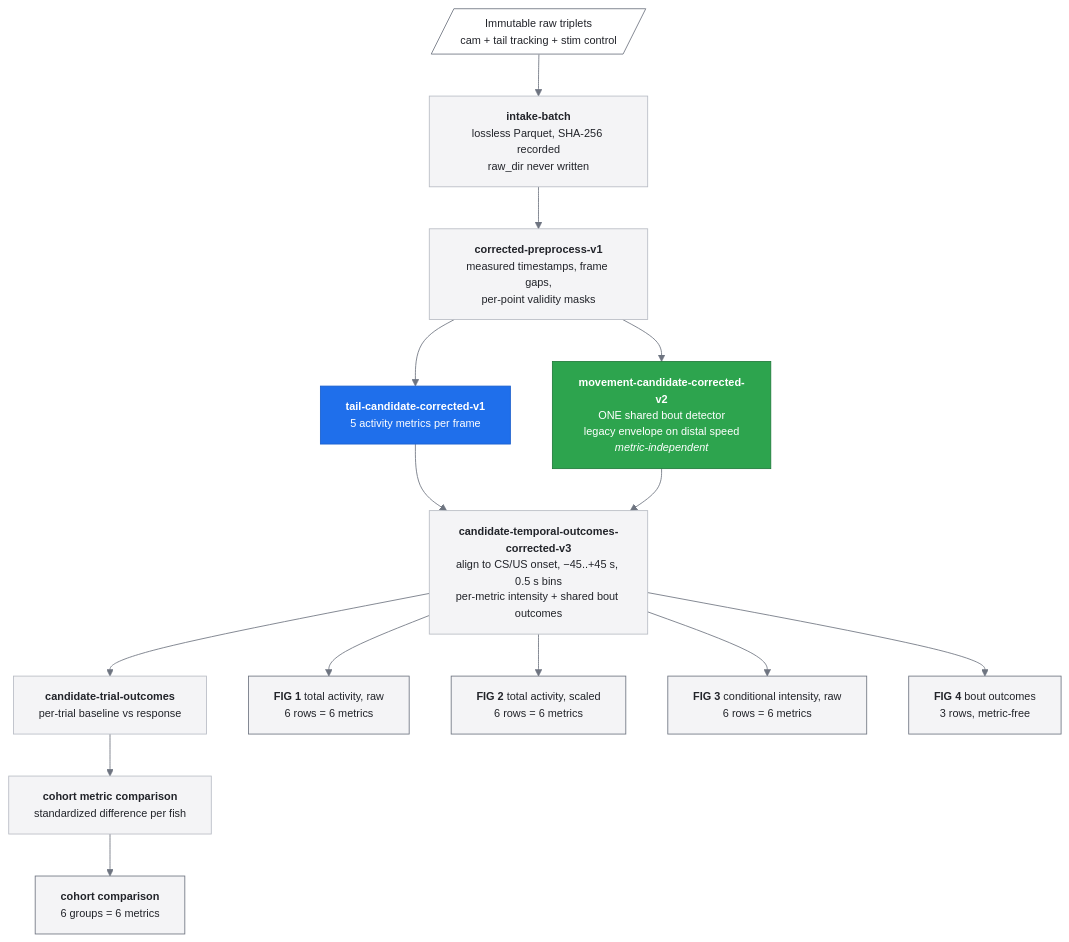
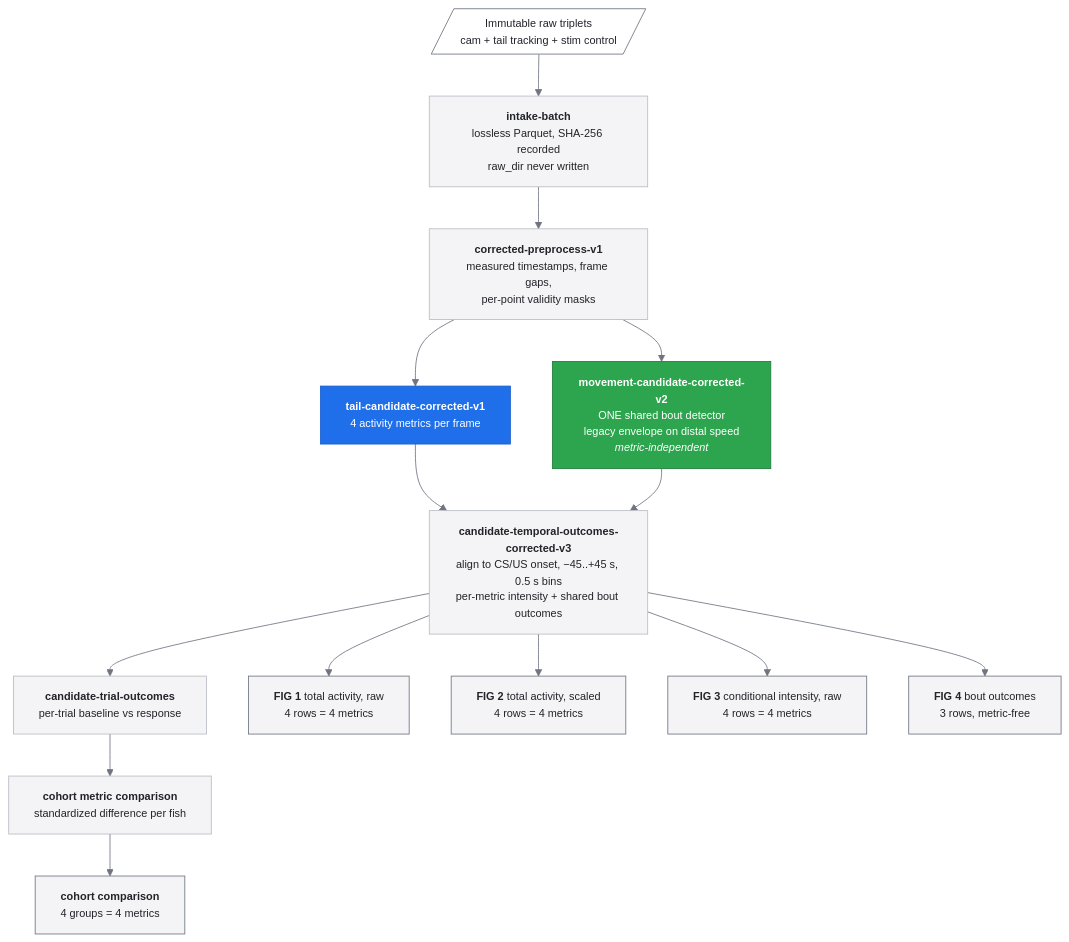
The diagram in README.md (jasmc/ClassicalConditioning), drawn with Mermaid before and after one commit. The commit also changed other lines of this file and 29 other files, not shown here.

Commit message:
feat: simplify candidate vigor metrics

````diff
--- a/README.md
+++ b/README.md
@@ -233,29 +233,29 @@
 ```mermaid
 %%{init: {'theme': 'base', 'themeVariables': {'primaryColor': '#F4F4F6', 'primaryTextColor': '#22242A', 'primaryBorderColor': '#B8BCC4', 'lineColor': '#6E7480', 'fontSize': '13px', 'fontFamily': 'Arial, Noto Sans, sans-serif'}}}%%
 graph TD
     RAW[/"Immutable raw triplets<br/>cam + tail tracking + stim control"/]:::raw
 
     RAW --> INTAKE["<b>intake-batch</b><br/>lossless Parquet, SHA-256 recorded<br/>raw_dir never written"]
 
     INTAKE --> PRE["<b>corrected-preprocess-v1</b><br/>measured timestamps, frame gaps,<br/>per-point validity masks"]
 
-    PRE --> MET["<b>tail-candidate-corrected-v1</b><br/>5 activity metrics per frame"]:::key
+    PRE --> MET["<b>tail-candidate-corrected-v1</b><br/>4 activity metrics per frame"]:::key
     PRE --> DET["<b>movement-candidate-corrected-v2</b><br/>ONE shared bout detector<br/>legacy envelope on distal speed<br/><i>metric-independent</i>"]:::fix
 
     MET --> PROF
     DET --> PROF["<b>candidate-temporal-outcomes-corrected-v3</b><br/>align to CS/US onset, −45..+45 s, 0.5 s bins<br/>per-metric intensity + shared bout outcomes"]
 
     PROF --> TRIAL["<b>candidate-trial-outcomes</b><br/>per-trial baseline vs response"]
     TRIAL --> COHORT["<b>cohort metric comparison</b><br/>standardized difference per fish"]
 
-    PROF --> FIG1["<b>FIG 1</b> total activity, raw<br/>6 rows = 6 metrics"]:::fig
-    PROF --> FIG2["<b>FIG 2</b> total activity, scaled<br/>6 rows = 6 metrics"]:::fig
-    PROF --> FIG3["<b>FIG 3</b> conditional intensity, raw<br/>6 rows = 6 metrics"]:::fig
+    PROF --> FIG1["<b>FIG 1</b> total activity, raw<br/>4 rows = 4 metrics"]:::fig
+    PROF --> FIG2["<b>FIG 2</b> total activity, scaled<br/>4 rows = 4 metrics"]:::fig
+    PROF --> FIG3["<b>FIG 3</b> conditional intensity, raw<br/>4 rows = 4 metrics"]:::fig
     PROF --> FIG4["<b>FIG 4</b> bout outcomes<br/>3 rows, metric-free"]:::fig
-    COHORT --> FIGC["<b>cohort comparison</b><br/>6 groups = 6 metrics"]:::fig
+    COHORT --> FIGC["<b>cohort comparison</b><br/>4 groups = 4 metrics"]:::fig
 
     classDef raw fill:#FFFFFF,stroke:#6E7480,stroke-width:1px,color:#22242A
     classDef key fill:#1F6FEB,stroke:#1A5FCC,stroke-width:1px,color:#FFFFFF
     classDef fix fill:#2DA44E,stroke:#1F7A3A,stroke-width:1px,color:#FFFFFF
     classDef fig fill:#F4F4F6,stroke:#6E7480,stroke-width:1px,color:#22242A
 ```
````
